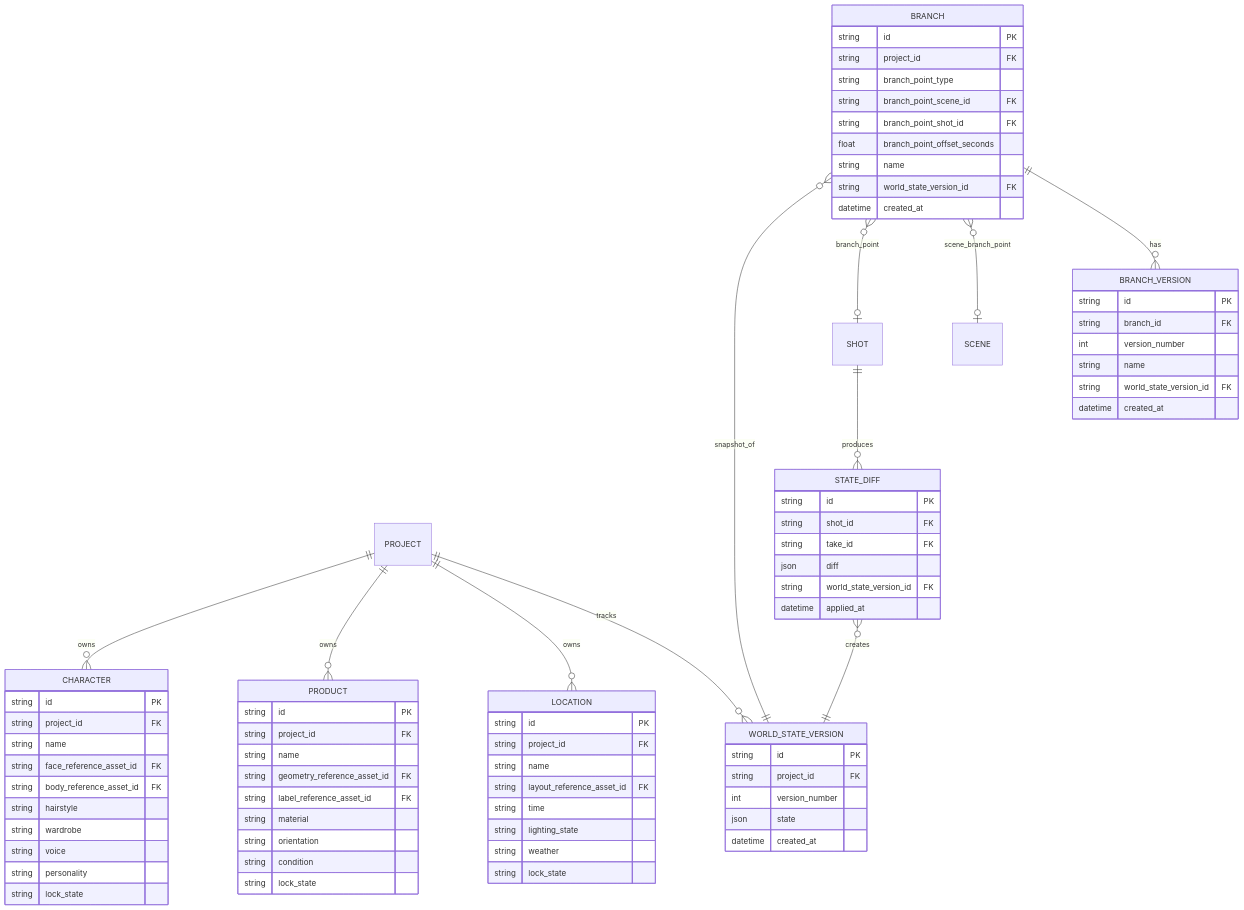
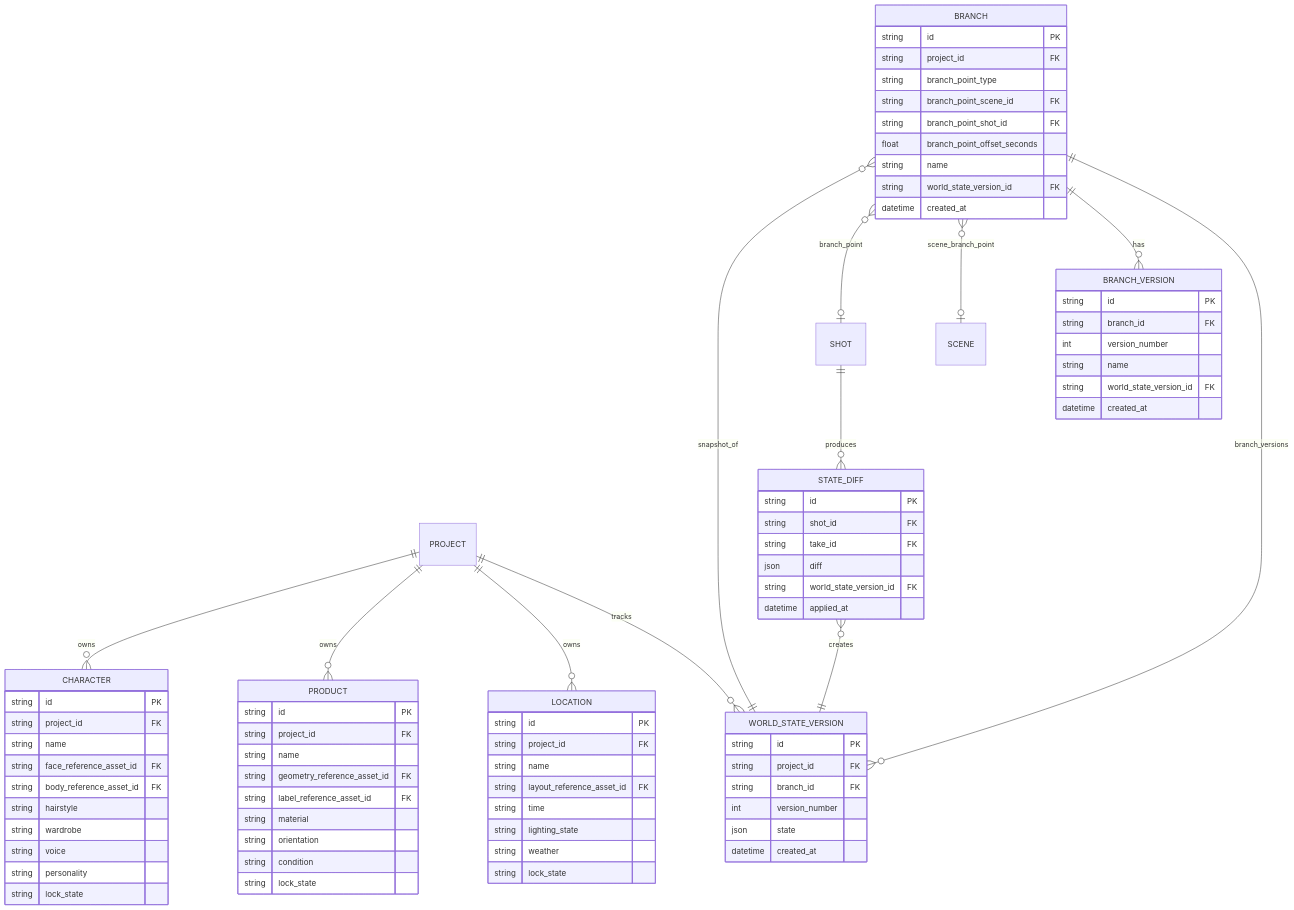
One commit to ousiassllc/mam changed the third of 5 diagrams in spec/architecture/er.md. Above: the diagram before and after it, drawn with Mermaid. The commit also changed other lines of this file, not shown here.

```diff
--- a/spec/architecture/er.md
+++ b/spec/architecture/er.md
@@ -136,6 +139,7 @@
     BRANCH }o--o| SHOT : branch_point
     BRANCH }o--o| SCENE : scene_branch_point
     BRANCH ||--o{ BRANCH_VERSION : has
+    BRANCH ||--o{ WORLD_STATE_VERSION : branch_versions
 
     CHARACTER {
         string id PK
@@ -173,6 +177,7 @@
     WORLD_STATE_VERSION {
         string id PK
         string project_id FK
+        string branch_id FK
         int version_number
         json state
         datetime created_at
```
